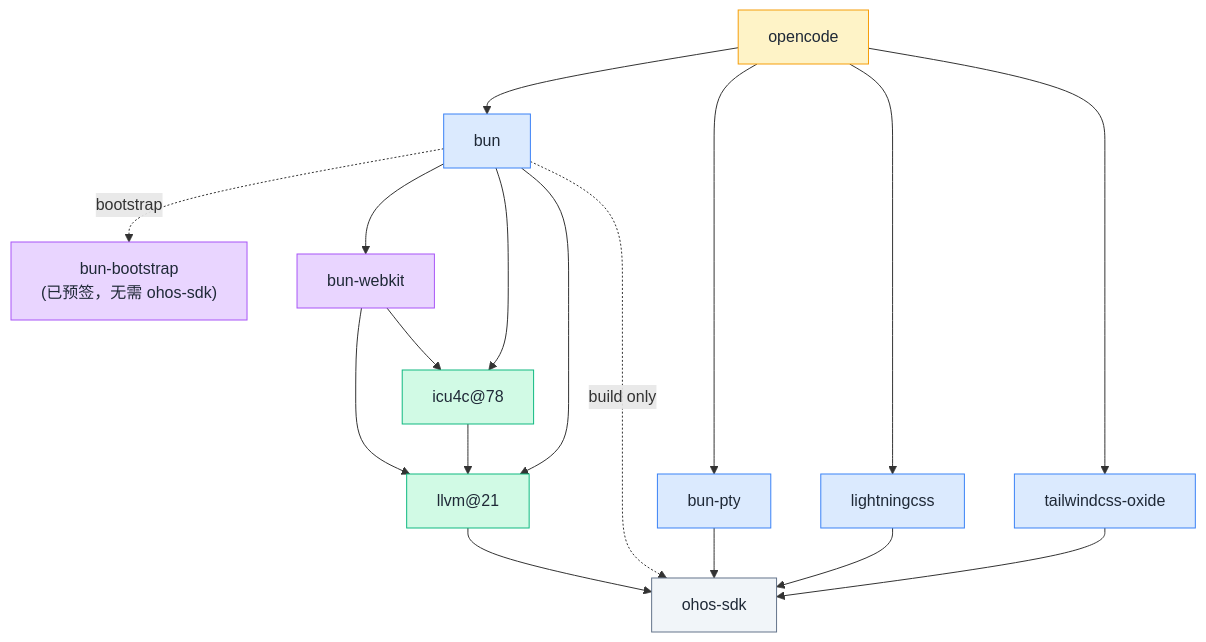
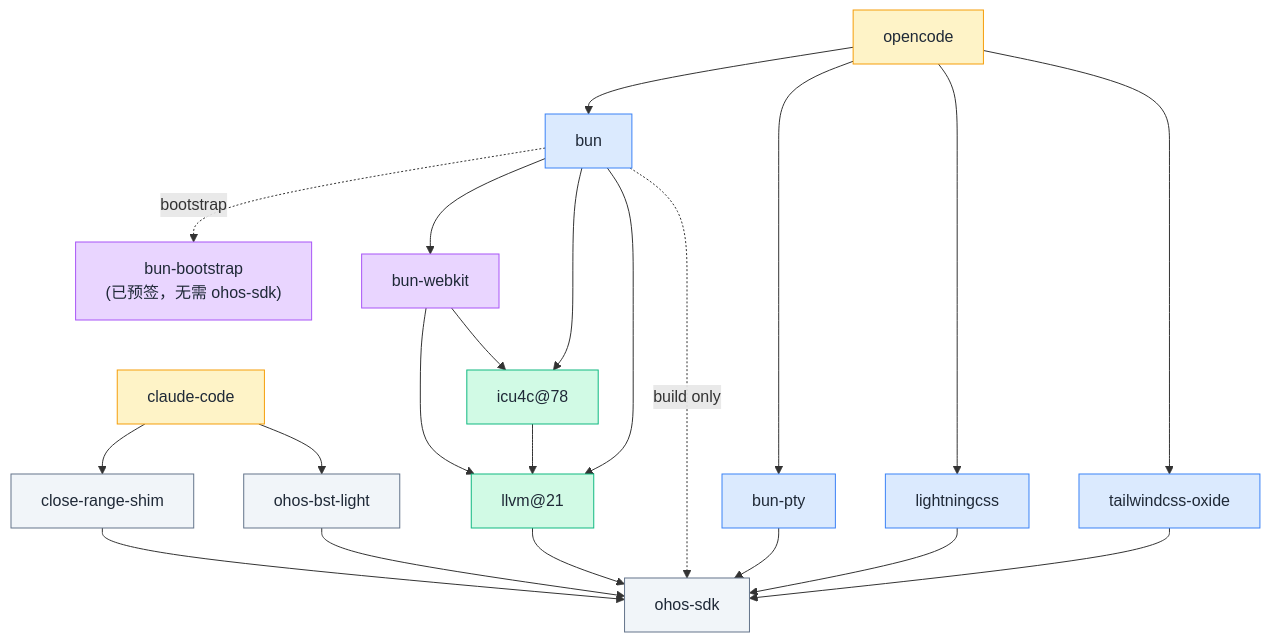
One commit to social4hyq/homebrew-core changed the diagram in README.md. Above: the diagram before and after it, drawn with Mermaid. The commit also changed other lines of this file and 3 other files, not shown here.

First line of the commit message:
feat: add claude-code + deps (close-range-shim, ohos-bst-light)

````diff
--- a/README.md
+++ b/README.md
@@ -84,43 +90,51 @@
 ```mermaid
 graph TD
     classDef app fill:#fef3c7,stroke:#f59e0b,color:#1f2937
     classDef rt fill:#dbeafe,stroke:#3b82f6,color:#1f2937
     classDef boot fill:#e9d5ff,stroke:#a855f7,color:#1f2937
     classDef tc fill:#d1fae5,stroke:#10b981,color:#1f2937
     classDef sdk fill:#f1f5f9,stroke:#64748b,color:#1f2937
 
     opencode:::app
+    cc[claude-code]:::app
 
     bun:::rt
     pty[bun-pty]:::rt
     lcss[lightningcss]:::rt
     tw[tailwindcss-oxide]:::rt
 
     bb["bun-bootstrap\n(已预签，无需 ohos-sdk)"]:::boot
     bw[bun-webkit]:::boot
 
     llvm["llvm@21"]:::tc
     icu["icu4c@78"]:::tc
 
     sdk[ohos-sdk]:::sdk
+    obl[ohos-bst-light]:::sdk
+    crs[close-range-shim]:::sdk
 
     opencode --> bun
     opencode --> pty
     opencode --> lcss
     opencode --> tw
 
     bun -.->|bootstrap| bb
     bun --> bw
     bun --> icu
     bun --> llvm
 
     bw --> llvm
     bw --> icu
     icu --> llvm
 
     llvm --> sdk
     bun -.->|build only| sdk
     pty --> sdk
     lcss --> sdk
     tw --> sdk
+
+    cc --> crs
+    cc --> obl
+    obl --> sdk
+    crs --> sdk
 ```
````
